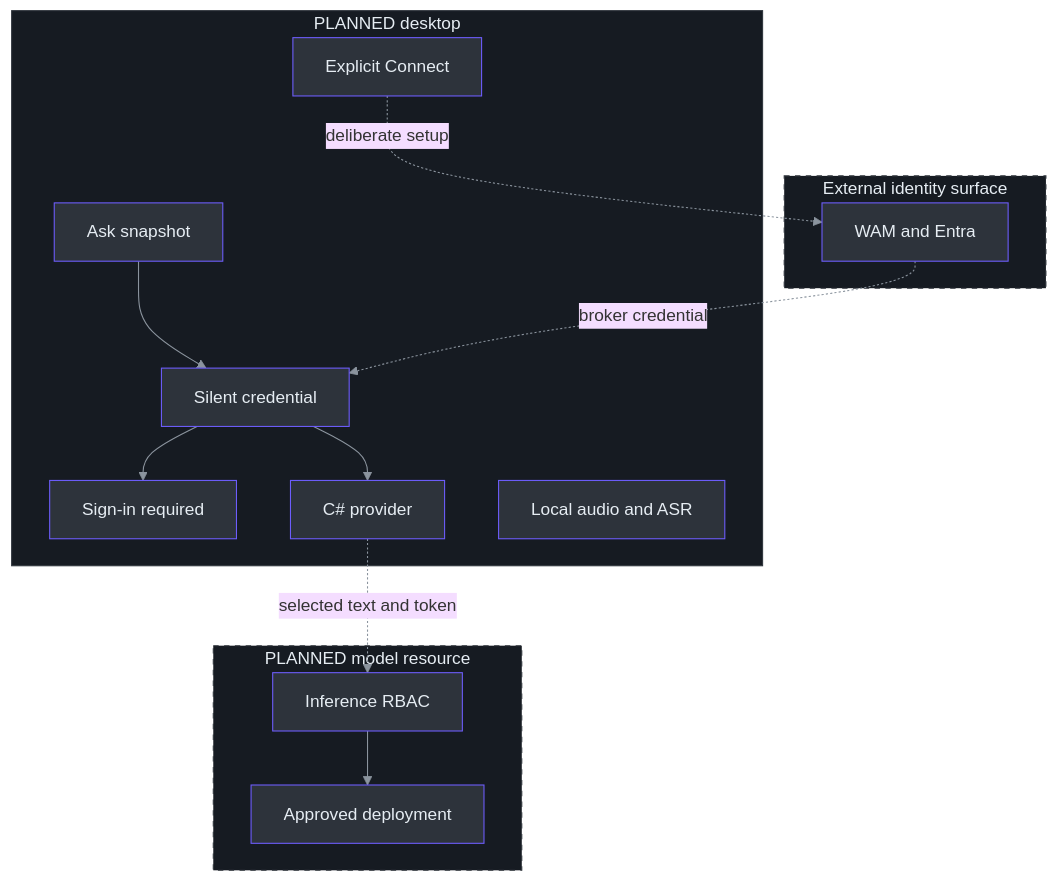
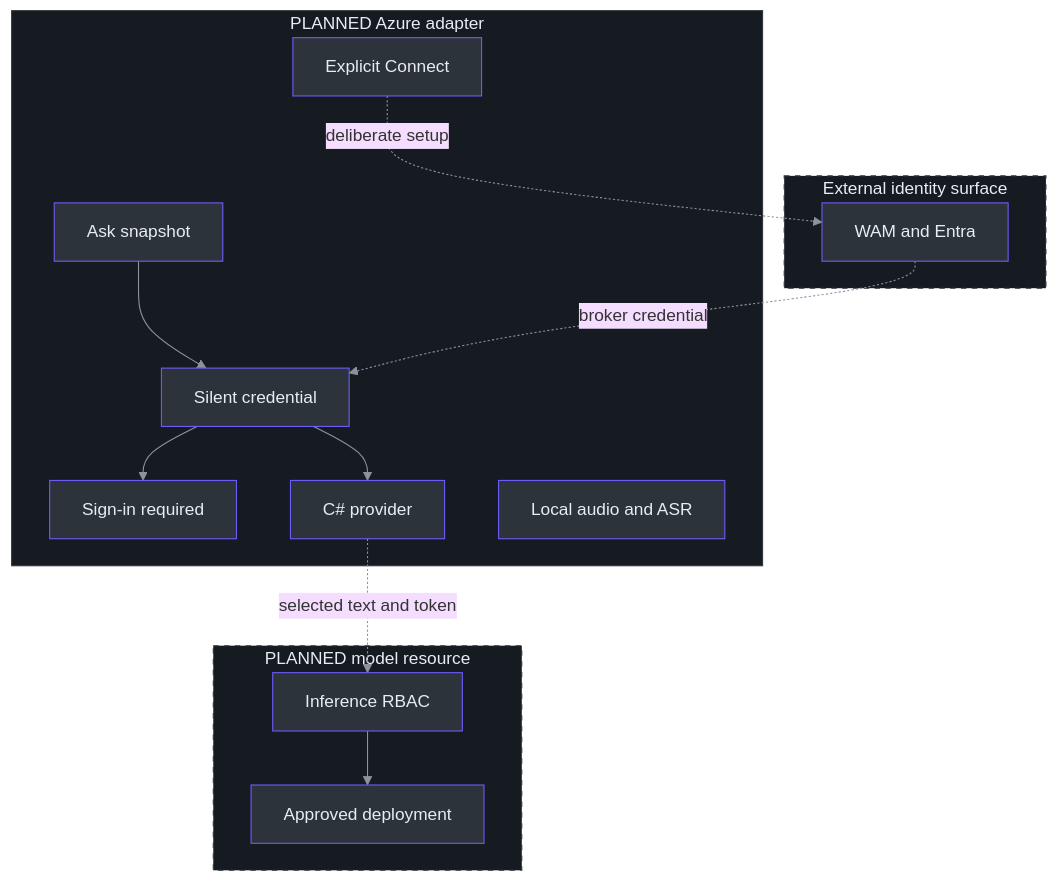
Before and after one commit to Zanark/phantom-fudge: the diagram in docs/handbook/assets/diagrams/14-answer-latency-identity-and-privacy-02.mmd, drawn with Mermaid. The commit also changed 116 other files, not shown here.

```diff
--- a/docs/handbook/assets/diagrams/14-answer-latency-identity-and-privacy-02.mmd
+++ b/docs/handbook/assets/diagrams/14-answer-latency-identity-and-privacy-02.mmd
@@ -1,39 +1,39 @@
 ---
 config:
   theme: base
   themeVariables:
     lineColor: "#8b949e"
     textColor: "#e6edf3"
 ---
 flowchart TB
-    accTitle: PLANNED identity and selected-text boundaries
-    accDescr: Explicit setup may open the broker; Ask uses silent credentials and sends selected text only to the approved model.
-    subgraph App["PLANNED desktop"]
+    accTitle: PLANNED optional direct Azure identity boundary
+    accDescr: This future direct Azure path is separate from installed CLI authentication. Explicit setup may open WAM; an authorized Ask would use silent credentials and send ExactText to the approved resource.
+    subgraph App["PLANNED Azure adapter"]
         Setup["Explicit Connect"]
         Ask["Ask snapshot"] --> Silent["Silent credential"]
         Silent --> Need["Sign-in required"]
         Silent --> Provider["C# provider"]
         Audio["Local audio and ASR"]
     end
     subgraph Identity["External identity surface"]
         WAM["WAM and Entra"]
     end
     subgraph Azure["PLANNED model resource"]
         RBAC["Inference RBAC"] --> Model["Approved deployment"]
     end
     Setup -. deliberate setup .-> WAM
     WAM -. broker credential .-> Silent
     Provider -. selected text and token .-> RBAC
     style Setup fill:#2d333b,stroke:#6d5dfc,color:#e6edf3
     style Ask fill:#2d333b,stroke:#6d5dfc,color:#e6edf3
     style Silent fill:#2d333b,stroke:#6d5dfc,color:#e6edf3
     style Need fill:#2d333b,stroke:#6d5dfc,color:#e6edf3
     style Provider fill:#2d333b,stroke:#6d5dfc,color:#e6edf3
     style Audio fill:#2d333b,stroke:#6d5dfc,color:#e6edf3
     style WAM fill:#2d333b,stroke:#6d5dfc,color:#e6edf3
     style RBAC fill:#2d333b,stroke:#6d5dfc,color:#e6edf3
     style Model fill:#2d333b,stroke:#6d5dfc,color:#e6edf3
     style App fill:#161b22,stroke:#30363d,color:#e6edf3
     style Identity fill:#161b22,stroke:#30363d,color:#e6edf3,stroke-dasharray:5 5
     style Azure fill:#161b22,stroke:#30363d,color:#e6edf3,stroke-dasharray:5 5
     linkStyle default stroke:#8b949e
```
